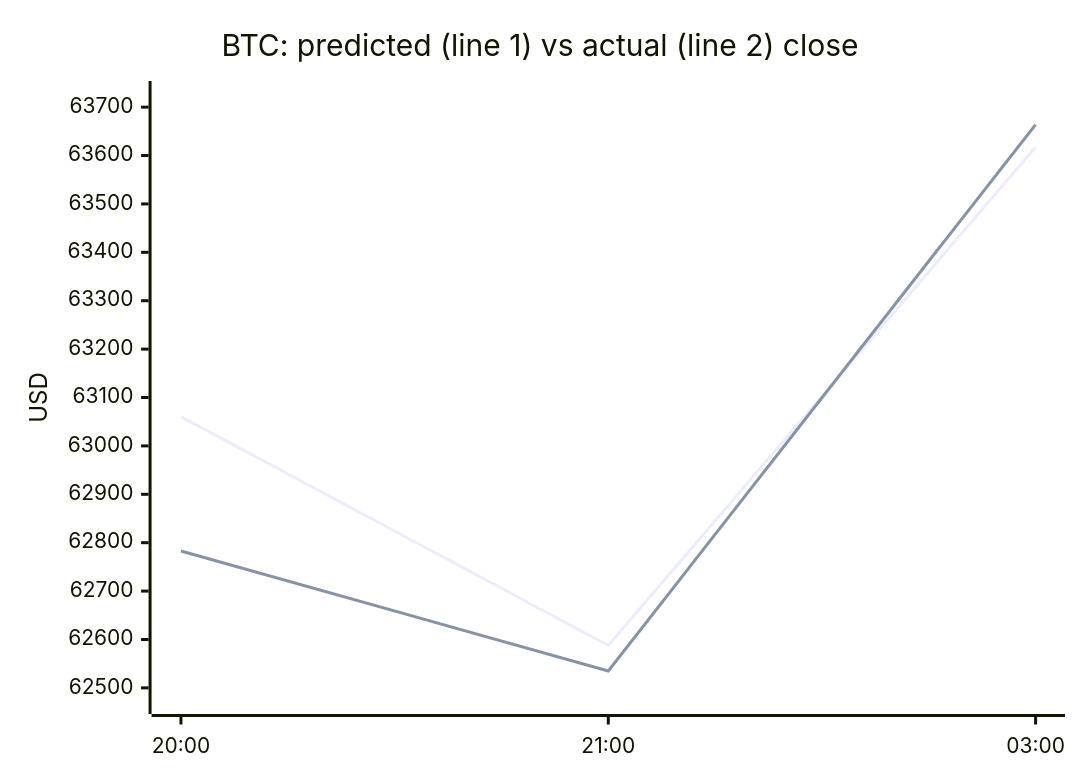
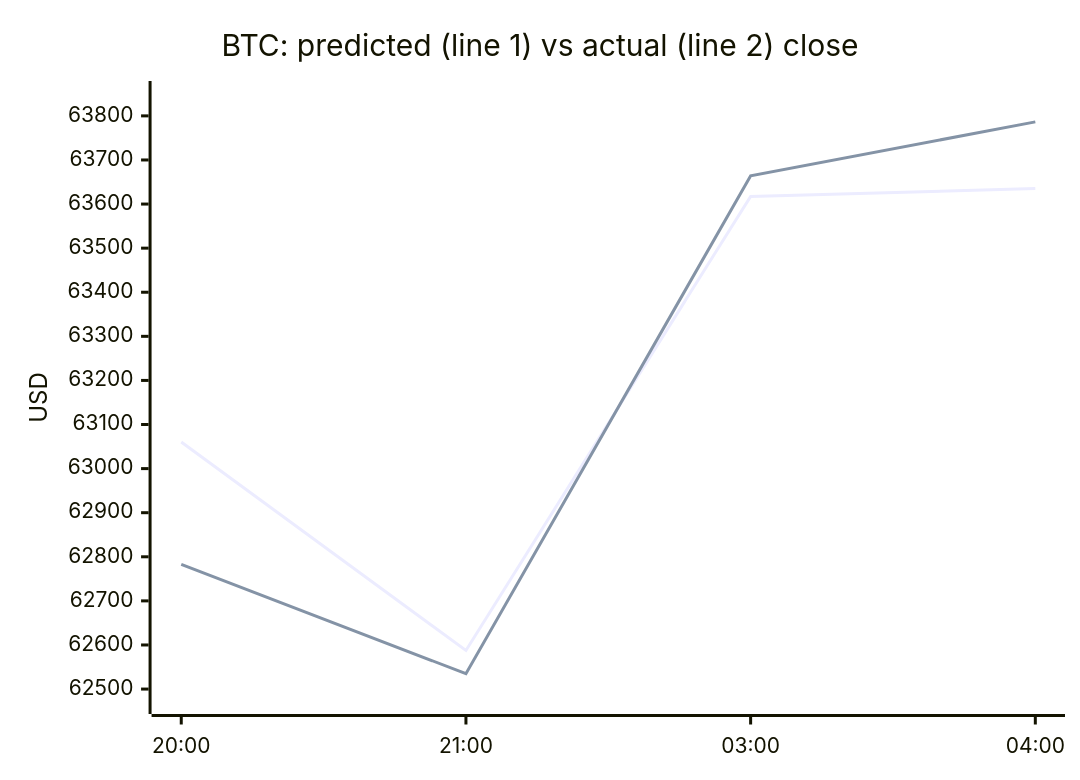
The first of 4 diagrams in README.md (samuelkreitl-wq/crypto-hourly-forecaster), drawn with Mermaid before and after one commit. The commit also changed other lines of this file and 14 other files, not shown here.

````diff
--- a/README.md
+++ b/README.md
@@ -38,8 +38,8 @@
 ```mermaid
 xychart-beta
     title "BTC: predicted (line 1) vs actual (line 2) close"
-    x-axis ["20:00", "21:00", "03:00"]
-    y-axis "USD" 62472.3651 --> 63727.6640
-    line [63060.3716, 62587.6439, 63617.4254]
-    line [62782.7000, 62534.9000, 63664.0000]
+    x-axis ["20:00", "21:00", "03:00", "04:00"]
+    y-axis "USD" 62472.3651 --> 63850.1864
+    line [63060.3716, 62587.6439, 63617.4254, 63635.2318]
+    line [62782.7000, 62534.9000, 63664.0000, 63786.4000]
 ```
````
